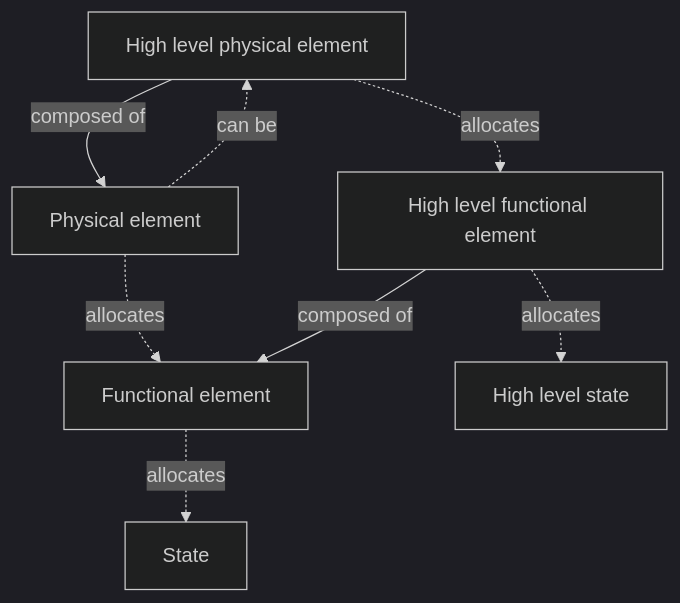
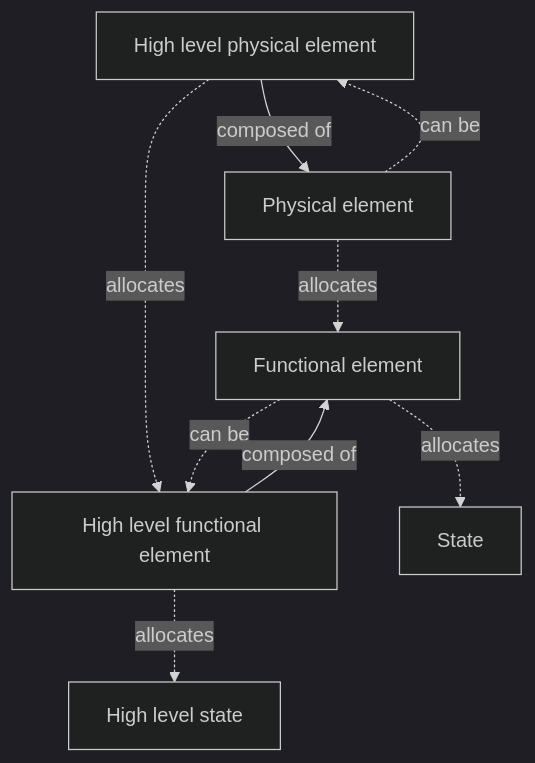
Before and after one commit to 3se-framework/3se-onto: the third of 6 diagrams in glossary.md, drawn with Mermaid (dark theme). The commit also changed other lines of this file, not shown here.

````diff
--- a/glossary.md
+++ b/glossary.md
@@ -1191,17 +1211,18 @@
 ```mermaid
 flowchart TD
     N1["High level physical element"]
     N2["Physical element"]
     N3["High level functional element"]
     N4["Functional element"]
     N5["State"]
     N6["High level state"]
 
     N1 -->|composed of| N2
     N1 -.->|allocates| N3
     N2 -.->|allocates| N4
     N2 -.->|can be| N1
     N4 -.->|allocates| N5
+    N4 -.->|can be| N3
     N3 -->|composed of| N4
     N3 -.->|allocates| N6
 ```
````
